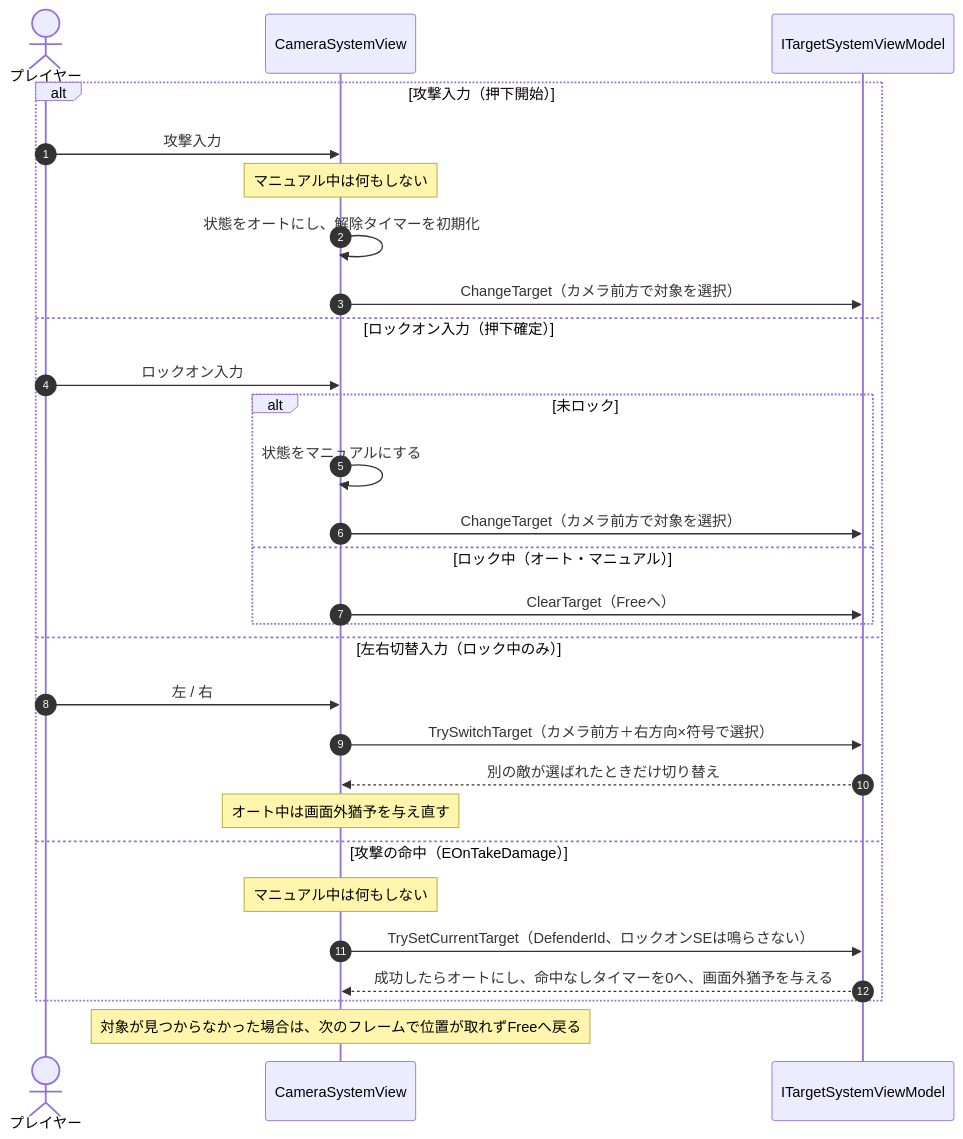
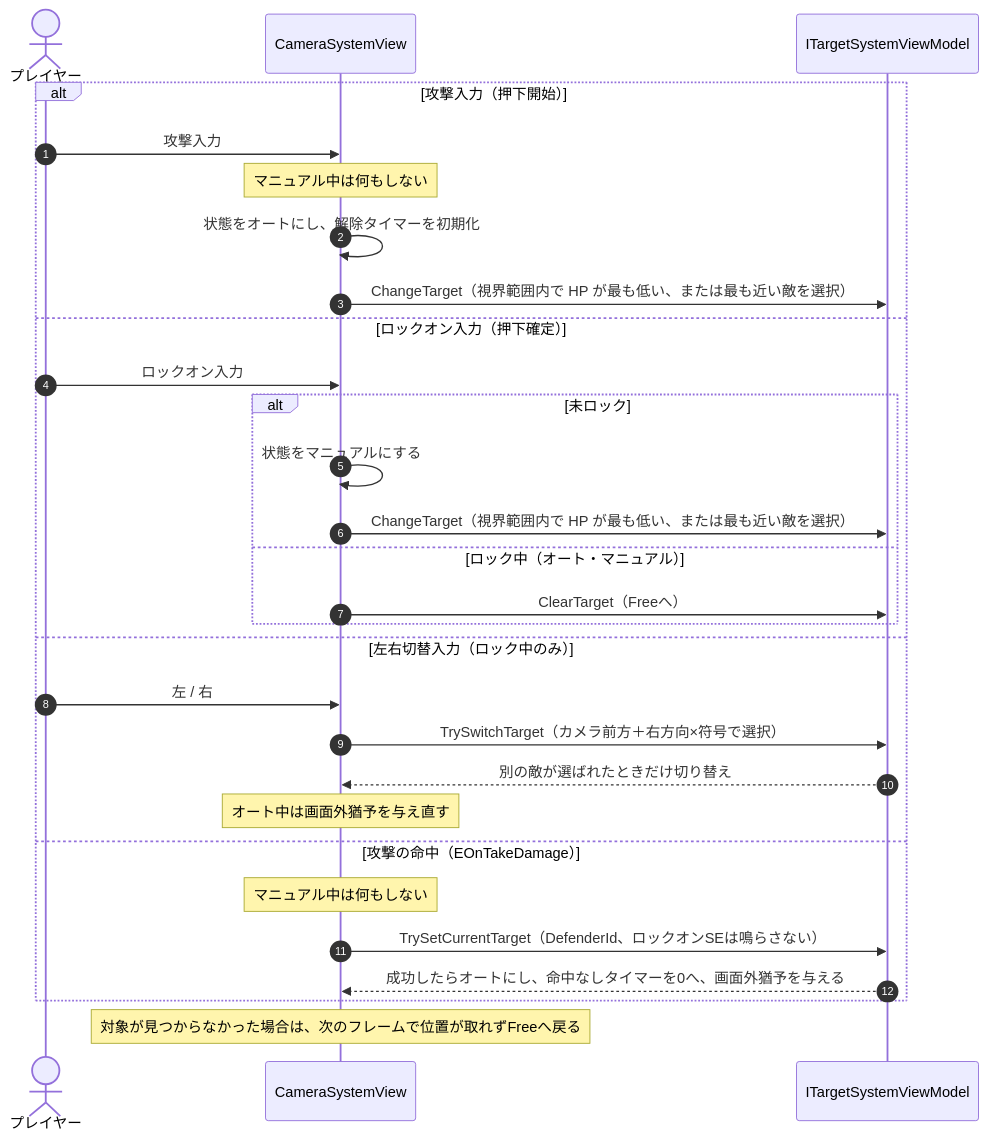
One commit to HIBIKI5201/SymphonyKillChord changed the diagram in Docs/NotionMigration/pages/A2b/3bf7c2c6-cc02-811a-bbad-f6faee96225f.md. Above: the diagram before and after it, drawn with Mermaid. The commit also changed other lines of this file and 66 other files, not shown here.

````diff
--- a/Docs/NotionMigration/pages/A2b/3bf7c2c6-cc02-811a-bbad-f6faee96225f.md
+++ b/Docs/NotionMigration/pages/A2b/3bf7c2c6-cc02-811a-bbad-f6faee96225f.md
@@ -29,32 +33,32 @@
 ```Mermaid
 sequenceDiagram
     autonumber
     actor Player as プレイヤー
     participant CSView as CameraSystemView
     participant TargetVM as ITargetSystemViewModel
 
     alt 攻撃入力（押下開始）
         Player ->> CSView: 攻撃入力
         Note over CSView: マニュアル中は何もしない
         CSView ->> CSView: 状態をオートにし、解除タイマーを初期化
-        CSView ->> TargetVM: ChangeTarget（カメラ前方で対象を選択）
+        CSView ->> TargetVM: ChangeTarget（視界範囲内で HP が最も低い、または最も近い敵を選択）
     else ロックオン入力（押下確定）
         Player ->> CSView: ロックオン入力
         alt 未ロック
             CSView ->> CSView: 状態をマニュアルにする
-            CSView ->> TargetVM: ChangeTarget（カメラ前方で対象を選択）
+            CSView ->> TargetVM: ChangeTarget（視界範囲内で HP が最も低い、または最も近い敵を選択）
         else ロック中（オート・マニュアル）
             CSView ->> TargetVM: ClearTarget（Freeへ）
         end
     else 左右切替入力（ロック中のみ）
         Player ->> CSView: 左 / 右
         CSView ->> TargetVM: TrySwitchTarget（カメラ前方＋右方向×符号で選択）
         TargetVM -->> CSView: 別の敵が選ばれたときだけ切り替え
         Note over CSView: オート中は画面外猶予を与え直す
     else 攻撃の命中（EOnTakeDamage）
         Note over CSView: マニュアル中は何もしない
         CSView ->> TargetVM: TrySetCurrentTarget（DefenderId、ロックオンSEは鳴らさない）
         TargetVM -->> CSView: 成功したらオートにし、命中なしタイマーを0へ、画面外猶予を与える
     end
     Note over CSView: 対象が見つからなかった場合は、次のフレームで位置が取れずFreeへ戻る
 ```
````
